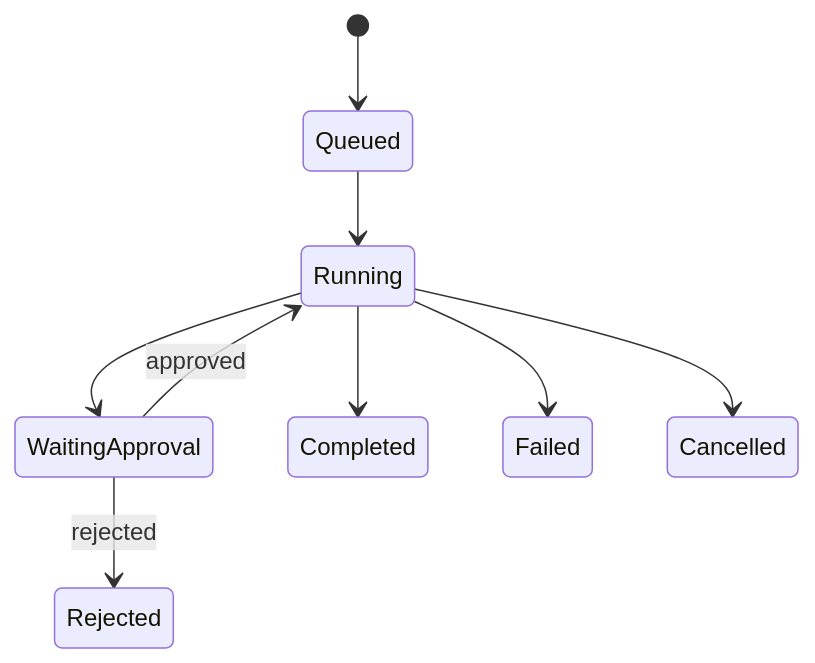
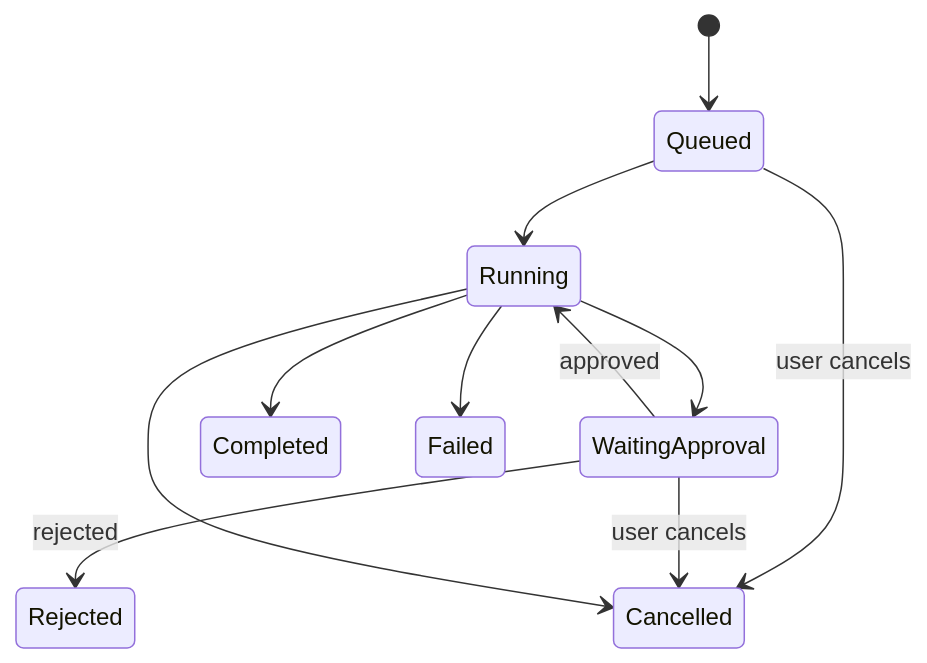
Before and after one commit to leedalei/Slei: the fourth of 6 diagrams in docs/superpowers/specs/2026-05-27-slei-product-architecture-design.md, drawn with Mermaid. The commit also changed other lines of this file and 9 other files, not shown here.

````diff
--- a/docs/superpowers/specs/2026-05-27-slei-product-architecture-design.md
+++ b/docs/superpowers/specs/2026-05-27-slei-product-architecture-design.md
@@ -312,11 +418,13 @@
 ```mermaid
 stateDiagram-v2
   [*] --> Queued
   Queued --> Running
+  Queued --> Cancelled: user cancels
   Running --> WaitingApproval
   WaitingApproval --> Running: approved
   WaitingApproval --> Rejected: rejected
+  WaitingApproval --> Cancelled: user cancels
   Running --> Completed
   Running --> Failed
   Running --> Cancelled
 ```
````
